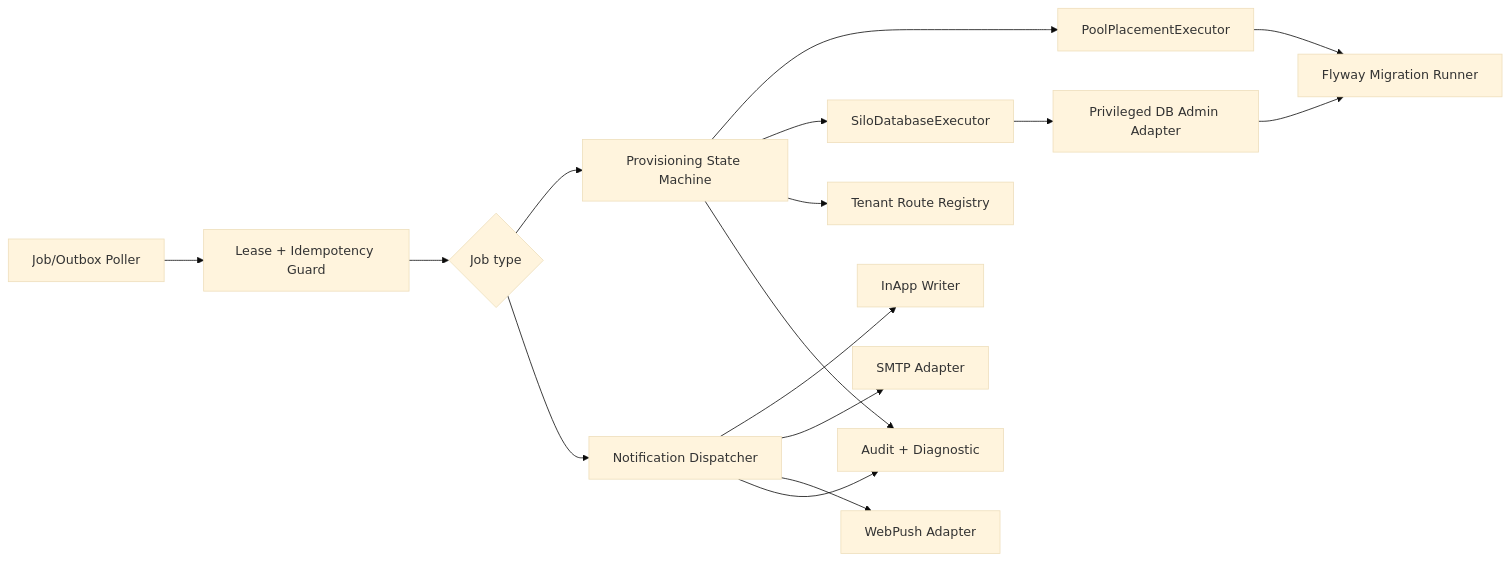
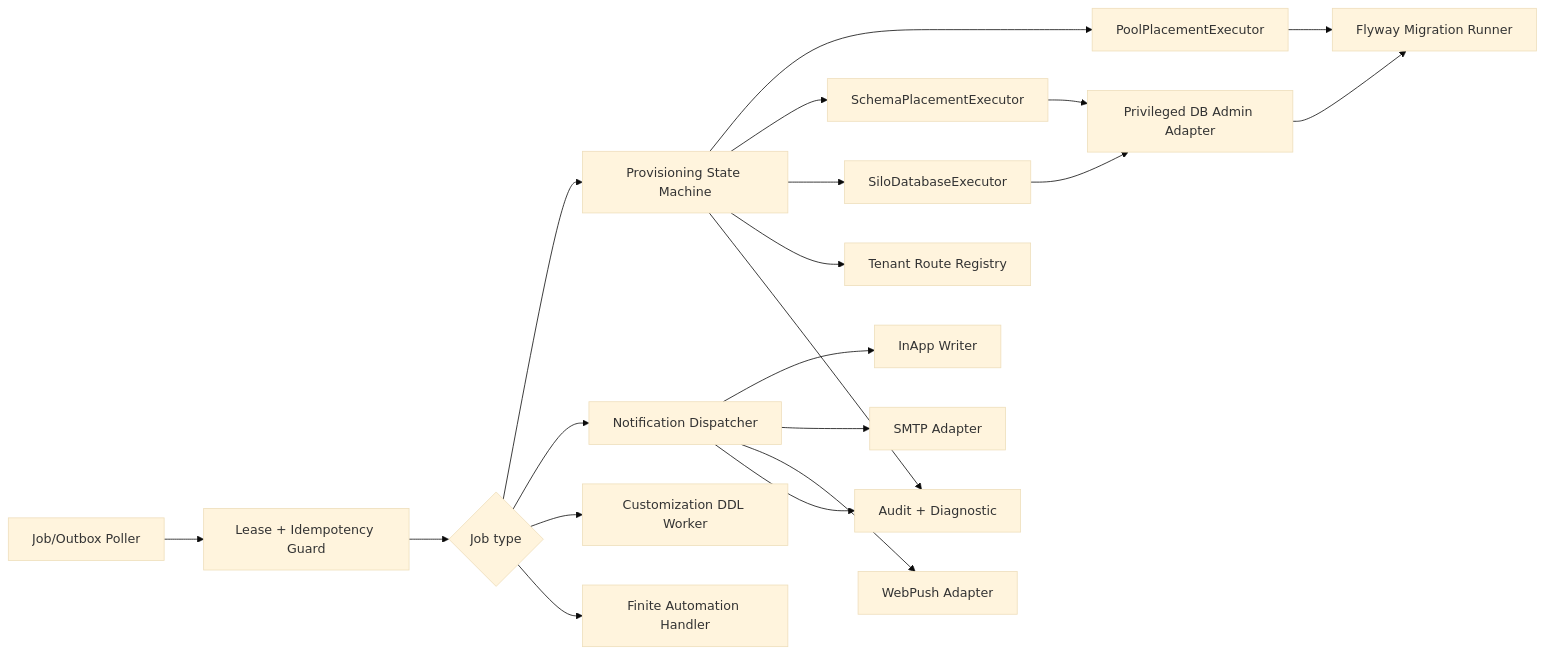
One commit to ngthtrong/NCKH-1 changed the fourth of 4 diagrams in docs/architecture/c4.md. Above: the diagram before and after it, drawn with Mermaid (base theme). The commit also changed other lines of this file and 95 other files, not shown here.

````diff
--- a/docs/architecture/c4.md
+++ b/docs/architecture/c4.md
@@ -81,18 +85,22 @@
 ```mermaid
 flowchart LR
     poller["Job/Outbox Poller"] --> lease["Lease + Idempotency Guard"]
     lease --> dispatcher{"Job type"}
     dispatcher --> provision["Provisioning State Machine"]
     dispatcher --> notify["Notification Dispatcher"]
+    dispatcher --> customize["Customization DDL Worker"]
+    dispatcher --> automate["Finite Automation Handler"]
     provision --> poolExec["PoolPlacementExecutor"]
+    provision --> schemaExec["SchemaPlacementExecutor"]
     provision --> siloExec["SiloDatabaseExecutor"]
     poolExec --> migrate["Flyway Migration Runner"]
+    schemaExec --> privileged
     siloExec --> privileged["Privileged DB Admin Adapter"]
     privileged --> migrate
     provision --> route["Tenant Route Registry"]
     notify --> inapp["InApp Writer"]
     notify --> smtp["SMTP Adapter"]
     notify --> vapid["WebPush Adapter"]
     provision --> audit["Audit + Diagnostic"]
     notify --> audit
 ```
````
